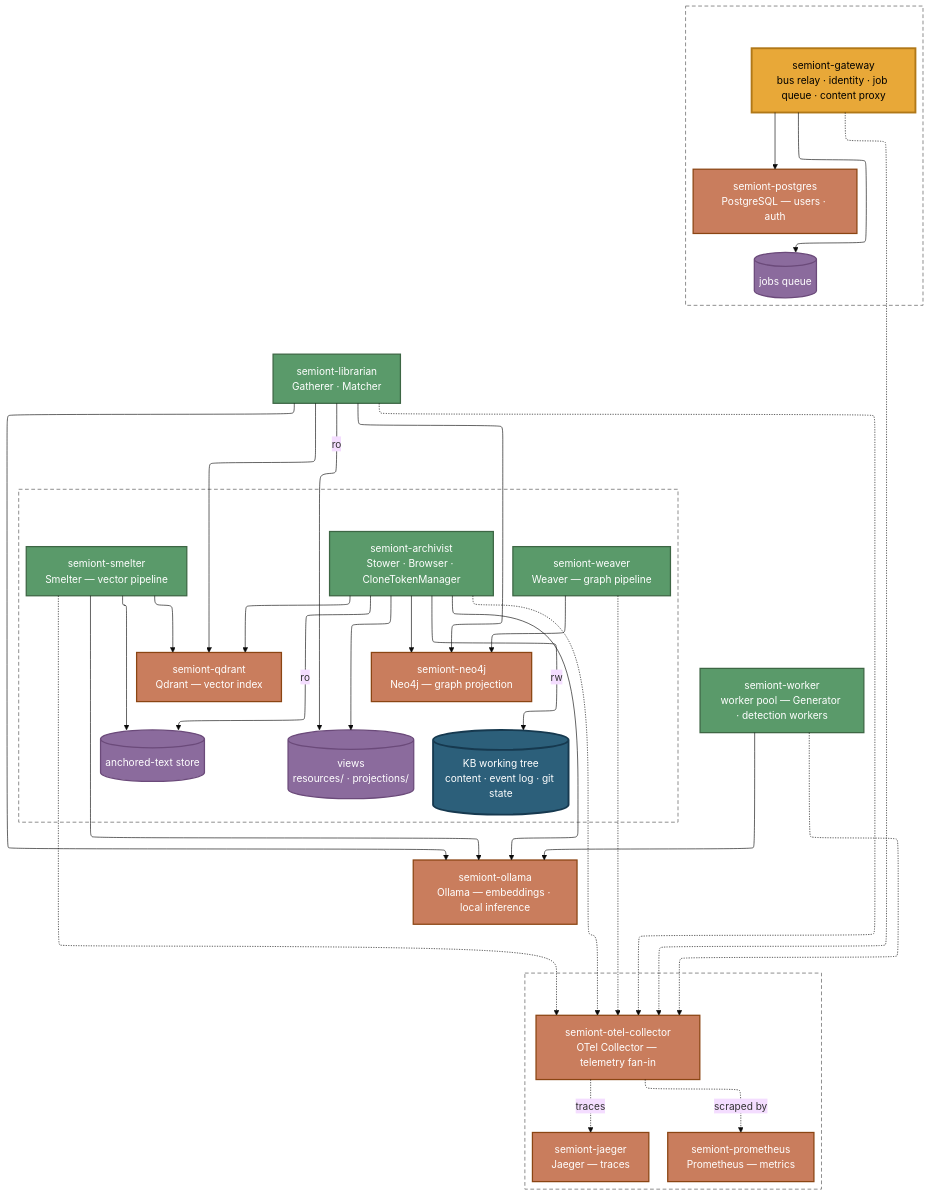
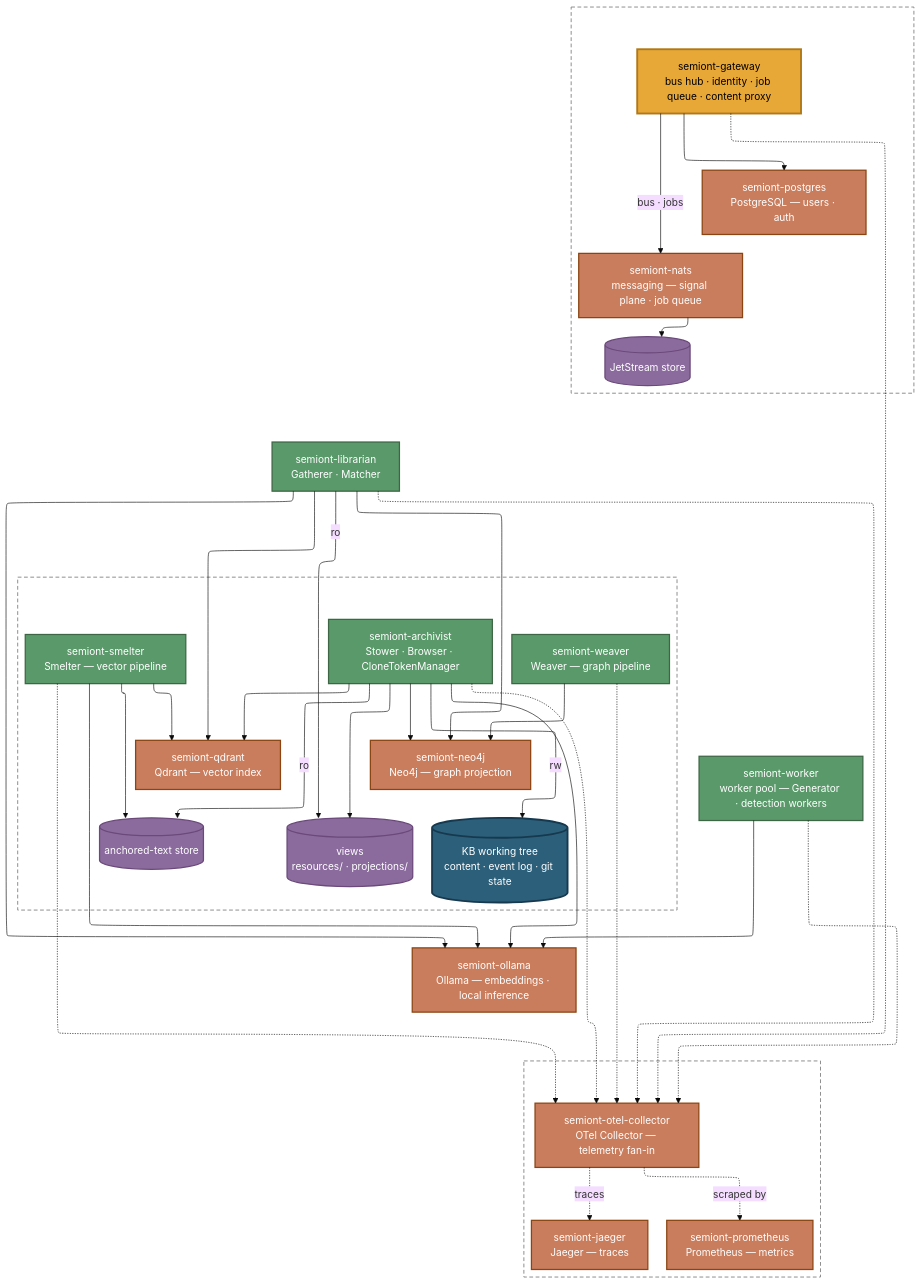
The second of 2 diagrams in docs/system/CONTAINER-TOPOLOGY.md (The-AI-Alliance/semiont), drawn with Mermaid (base theme) before and after one commit. The commit also changed other lines of this file and 84 other files, not shown here.

First line of the commit message:
Signal Plane: the gateway's message fabric behind a driver interface — in-process default, NATS option, N-replica capable (#1381)

```diff
--- a/docs/system/CONTAINER-TOPOLOGY.md
+++ b/docs/system/CONTAINER-TOPOLOGY.md
@@ -71,8 +78,9 @@
 ---
 graph TB
     subgraph G1 [" "]
-        GW["semiont-gateway<br/>bus relay · identity · job queue · content proxy"]
-        JOBS[("jobs queue")]
+        GW["semiont-gateway<br/>bus hub · identity · job queue · content proxy"]
+        NATS["semiont-nats<br/>messaging — signal plane · job queue"]
+        JS[("JetStream store")]
         PG["semiont-postgres<br/>PostgreSQL — users · auth"]
     end
 
@@ -103,7 +111,8 @@
     LIB -->|ro| VIEWS
     SMELT --> ANCH
     ARCH -->|ro| ANCH
-    GW --> JOBS
+    GW -->|bus · jobs| NATS
+    NATS --> JS
 
     WEAVE --> NEO
     ARCH --> NEO
@@ -134,14 +143,14 @@
 
     class LIB,WORKER,SMELT,WEAVE,ARCH svc
     class GW hub
-    class NEO,QD,OL,PG,COLL,TRACES,METRICS infra
-    class ANCH,VIEWS,JOBS store
+    class NEO,QD,OL,PG,COLL,TRACES,METRICS,NATS infra
+    class ANCH,VIEWS,JS store
     class TREE record
 
     NEO ~~~ TREE
     NEO ~~~ VIEWS
     QD ~~~ ANCH
-    PG ~~~ JOBS
+    NATS ~~~ JS
     GW ~~~ WORKER
     OL ~~~ COLL
     GW ~~~ LIB
```
